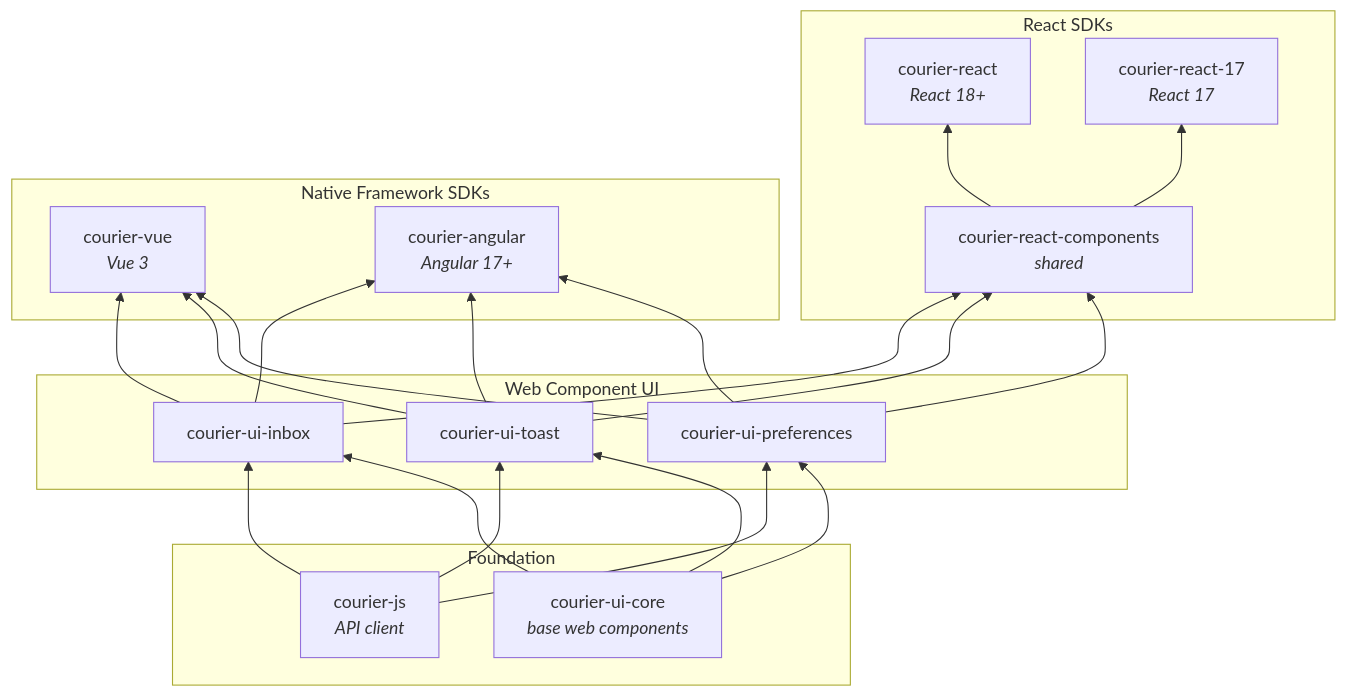
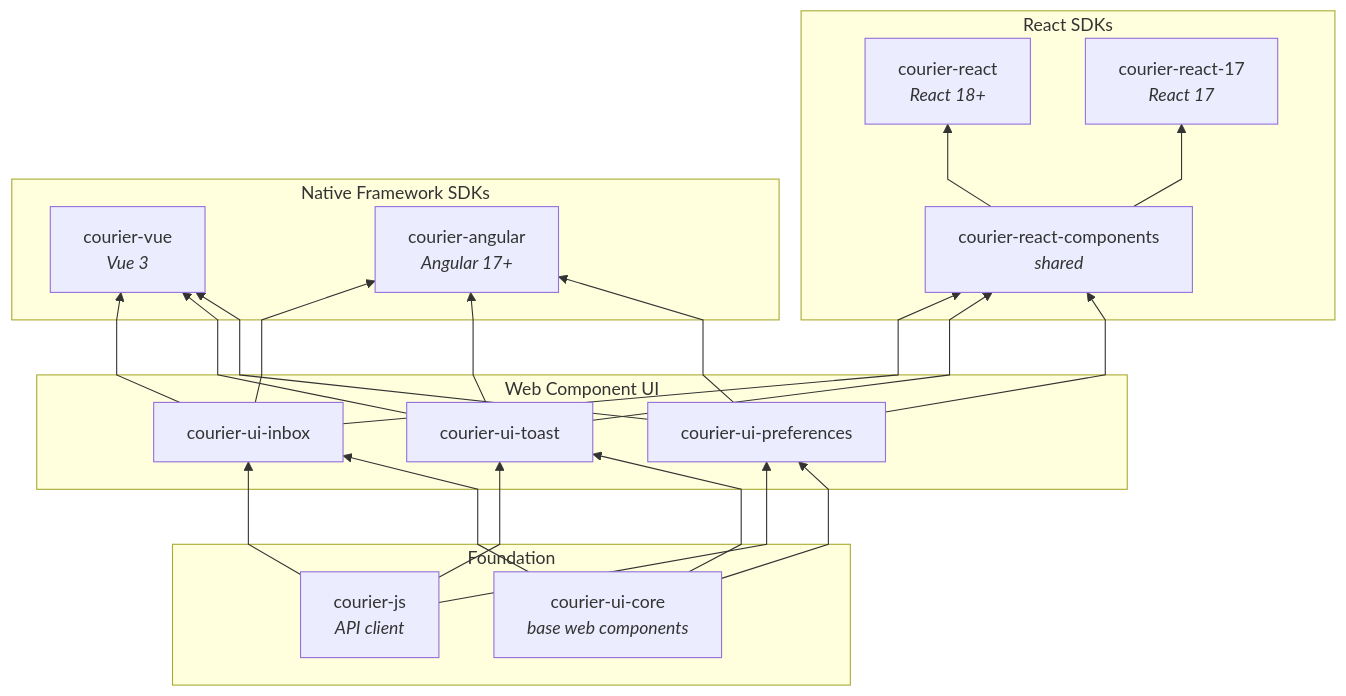
One commit to trycourier/courier-web changed the diagram in README.md. Above: the diagram before and after it, drawn with Mermaid.

Commit message:
docs: render architecture diagram edges as straight lines (#201)
Add a mermaid flowchart init directive with curve: linear so the
dependency arrows draw as straight segments instead of curves.

````diff
--- a/README.md
+++ b/README.md
@@ -62,31 +62,32 @@
 ```mermaid
+%%{init: {'flowchart': {'curve': 'linear'}}}%%
 graph BT
     subgraph foundation["Foundation"]
         js["courier-js<br/><i>API client</i>"]
         core["courier-ui-core<br/><i>base web components</i>"]
     end
 
     subgraph webcomponents["Web Component UI"]
         inbox["courier-ui-inbox"]
         toast["courier-ui-toast"]
         prefs["courier-ui-preferences"]
     end
 
     subgraph reactsdks["React SDKs"]
         rc["courier-react-components<br/><i>shared</i>"]
         r18["courier-react<br/><i>React 18+</i>"]
         r17["courier-react-17<br/><i>React 17</i>"]
     end
 
     subgraph nativesdks["Native Framework SDKs"]
         vue["courier-vue<br/><i>Vue 3</i>"]
         ng["courier-angular<br/><i>Angular 17+</i>"]
     end
 
     js & core --> inbox & toast & prefs
 
     inbox & toast & prefs --> rc
     rc --> r18 & r17
 
     inbox & toast & prefs --> vue & ng
 ```
````
